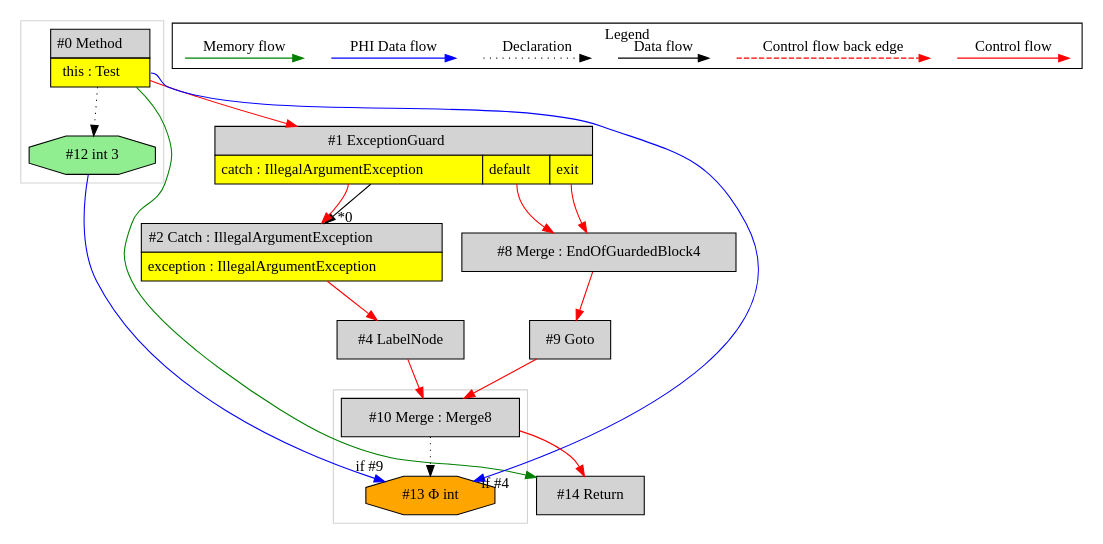
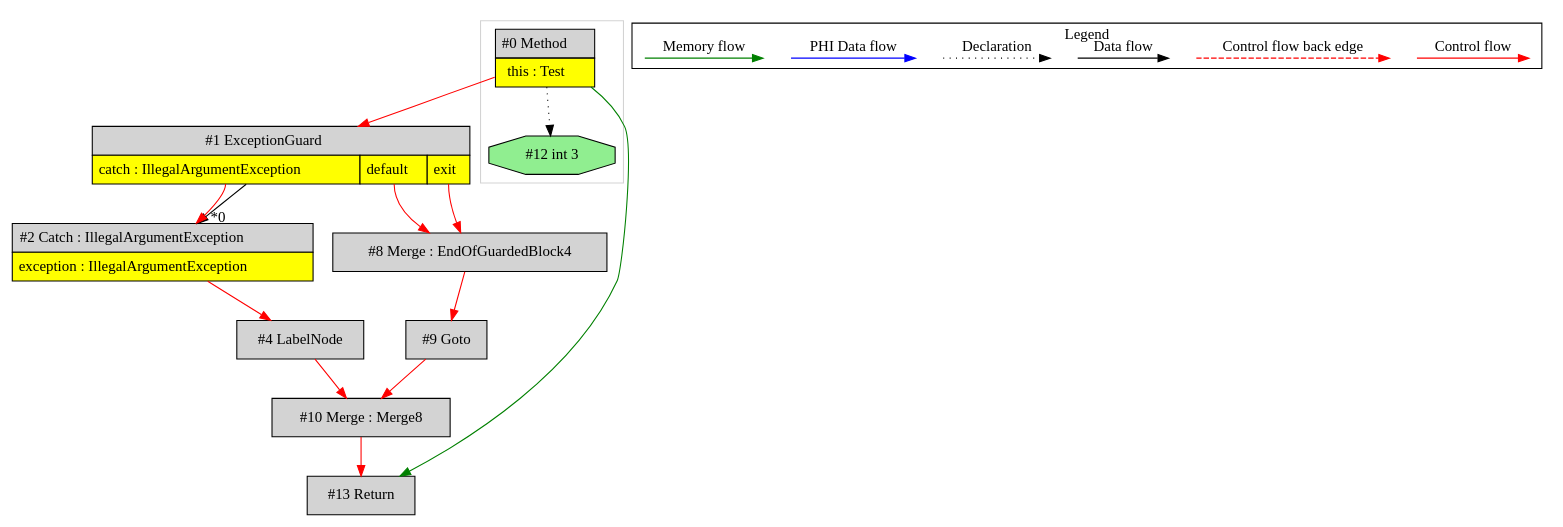
One commit to mirkosertic/MetaIR changed the diagram in de.mirkosertic.metair.ir.OpcodeTryCatchTest/test_SimpleCatch/ir.dot. Above: the diagram before and after it, drawn with Graphviz. The commit also changed 176 other files, not shown here.

```diff
--- a/de.mirkosertic.metair.ir.OpcodeTryCatchTest/test_SimpleCatch/ir.dot
+++ b/de.mirkosertic.metair.ir.OpcodeTryCatchTest/test_SimpleCatch/ir.dot
@@ -1,63 +1,54 @@
 digraph {
  node0[margin="0", label=<<table border="0" cellborder="1" cellspacing="0" cellpadding="5"><tr><td colspan="1">#0 Method</td></tr><tr><td port="prj11" bgcolor="yellow">this : Test</td></tr></table>>,shape=none, fillcolor=lightgrey, style=filled];
- node14[label="#14 Return",shape=box, fillcolor=lightgrey, style=filled];
- node10 -> node14[labeldistance=2, color=red, fontcolor=red];
- node0 -> node14[labeldistance=2, color=green, constraint=false];
+ node1[margin="0", label=<<table border="0" cellborder="1" cellspacing="0" cellpadding="5"><tr><td colspan="3">#1 ExceptionGuard</td></tr><tr><td port="prj5" bgcolor="yellow">catch : IllegalArgumentException</td><td port="prj6" bgcolor="yellow">default</td><td port="prj7" bgcolor="yellow">exit</td></tr></table>>,shape=none, fillcolor=lightgrey, style=filled];
+ node0 -> node1[labeldistance=2, color=red, fontcolor=red];
+ node8[label="#8 Merge : EndOfGuardedBlock4",shape=box, fillcolor=lightgrey, style=filled];
+ node1:prj6 -> node8[labeldistance=2, color=red, fontcolor=red];
+ node1:prj7 -> node8[labeldistance=2, color=red, fontcolor=red];
+ node9[label="#9 Goto",shape=box, fillcolor=lightgrey, style=filled];
+ node8 -> node9[labeldistance=2, color=red, fontcolor=red];
  node10[label="#10 Merge : Merge8",shape=box, fillcolor=lightgrey, style=filled];
  node9 -> node10[labeldistance=2, color=red, fontcolor=red];
  node4 -> node10[labeldistance=2, color=red, fontcolor=red];
  node4[label="#4 LabelNode",shape=box, fillcolor=lightgrey, style=filled];
  node2 -> node4[labeldistance=2, color=red, fontcolor=red];
  node2[margin="0", label=<<table border="0" cellborder="1" cellspacing="0" cellpadding="5"><tr><td colspan="1">#2 Catch : IllegalArgumentException</td></tr><tr><td port="prj3" bgcolor="yellow">exception : IllegalArgumentException</td></tr></table>>,shape=none, fillcolor=lightgrey, style=filled];
  node1 -> node2[headlabel="*0", labeldistance=2];
  node1:prj5 -> node2[labeldistance=2, color=red, fontcolor=red];
- node1[margin="0", label=<<table border="0" cellborder="1" cellspacing="0" cellpadding="5"><tr><td colspan="3">#1 ExceptionGuard</td></tr><tr><td port="prj5" bgcolor="yellow">catch : IllegalArgumentException</td><td port="prj7" bgcolor="yellow">default</td><td port="prj6" bgcolor="yellow">exit</td></tr></table>>,shape=none, fillcolor=lightgrey, style=filled];
- node0 -> node1[labeldistance=2, color=red, fontcolor=red];
- node8[label="#8 Merge : EndOfGuardedBlock4",shape=box, fillcolor=lightgrey, style=filled];
- node1:prj7 -> node8[labeldistance=2, color=red, fontcolor=red];
- node1:prj6 -> node8[labeldistance=2, color=red, fontcolor=red];
- node9[label="#9 Goto",shape=box, fillcolor=lightgrey, style=filled];
- node8 -> node9[labeldistance=2, color=red, fontcolor=red];
- node13[label="#13 Φ int",shape=octagon, fillcolor=orange, style=filled];
- node10 -> node13[style=dotted];
- node12 -> node13[headlabel="if #9", labeldistance=2, color=blue, constraint=false];
- node0:prj11 -> node13[headlabel="if #4", labeldistance=2, color=blue, constraint=false];
+ node13[label="#13 Return",shape=box, fillcolor=lightgrey, style=filled];
+ node10 -> node13[labeldistance=2, color=red, fontcolor=red];
+ node0 -> node13[labeldistance=2, color=green, constraint=false];
  node12[label="#12 int 3",shape=octagon, fillcolor=lightgreen, style=filled];
  node0 -> node12[style=dotted];
  subgraph cluster_0 {
-  color=lightgray;
-  node10;
-  node13;
- }
- subgraph cluster_1 {
   color=lightgray;
   node0;
   node12;
  }
  subgraph cluster_000 {
   label = "Legend";
   node [shape=point]
   {
    rank=same;
    c0 [style = invis];
    c1 [style = invis];
    c2 [style = invis];
    c3 [style = invis];
    d0 [style = invis];
    d1 [style = invis];
    d2 [style = invis];
    d3 [style = invis];
    d4 [style = invis];
    d5 [style = invis];
    d6 [style = invis];
    d7 [style = invis];
   }
   c0 -> c1 [label="Control flow", style=solid, color=red]
   c2 -> c3 [label="Control flow back edge", style=dashed, color=red]
   d0 -> d1 [label="Data flow"]
   d2 -> d3 [label="Declaration", style=dotted]
   d4 -> d5 [label="PHI Data flow", color=blue]
   d6 -> d7 [label="Memory flow", color=green]
  }
 
 }
```
